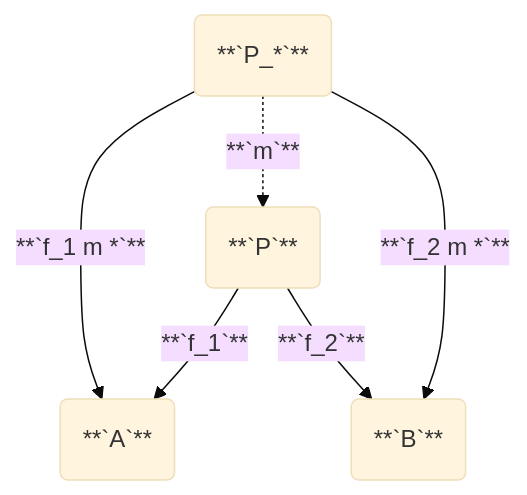
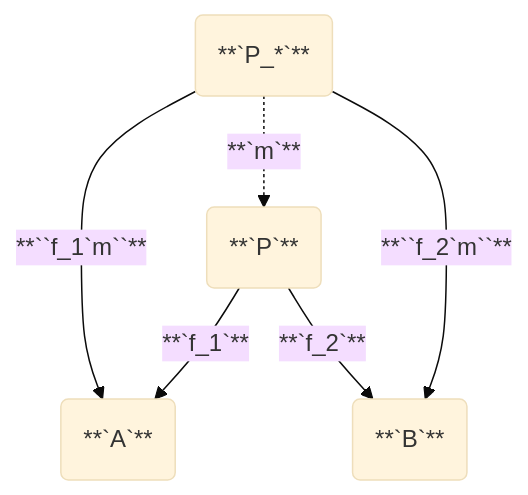
Before and after one commit to Bricktech2000/Notes: the first of 2 diagrams in notes/category.md, drawn with Mermaid (base theme). The commit also changed other lines of this file and 309 other files, not shown here.

````diff
--- a/notes/category.md
+++ b/notes/category.md
@@ -202,14 +206,14 @@
 ```mermaid
 graph TD
   A(**`A`**)
   B(**`B`**)
   P(**`P`**)
   P_(**`P_*`**)
 
-  P -- **`f_1`** --> A
-  P -- **`f_2`** --> B
+  P --**`f_1`**--> A
+  P --**`f_2`**--> B
 
-  P_ -- **`f_1 m *`** --> A
-  P_ -. **`m`** .-> P
-  P_ -- **`f_2 m *`** --> B
+  P_ --**``f_1`m``**--> A
+  P_ -.**`m`**.-> P
+  P_ --**``f_2`m``**--> B
 ```
````
